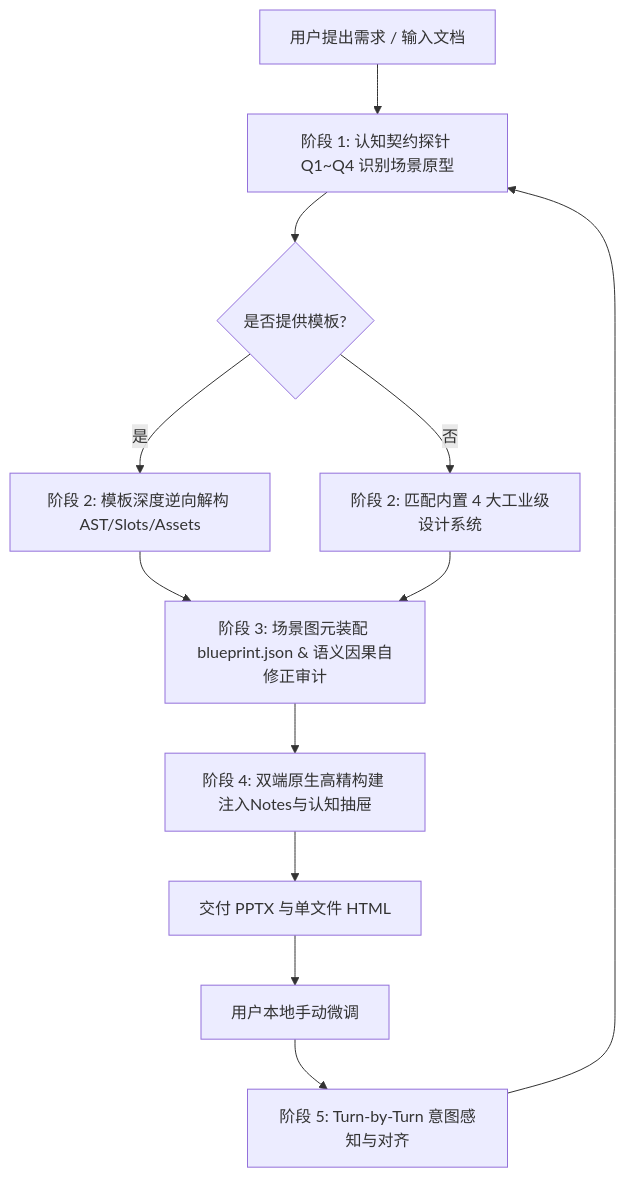
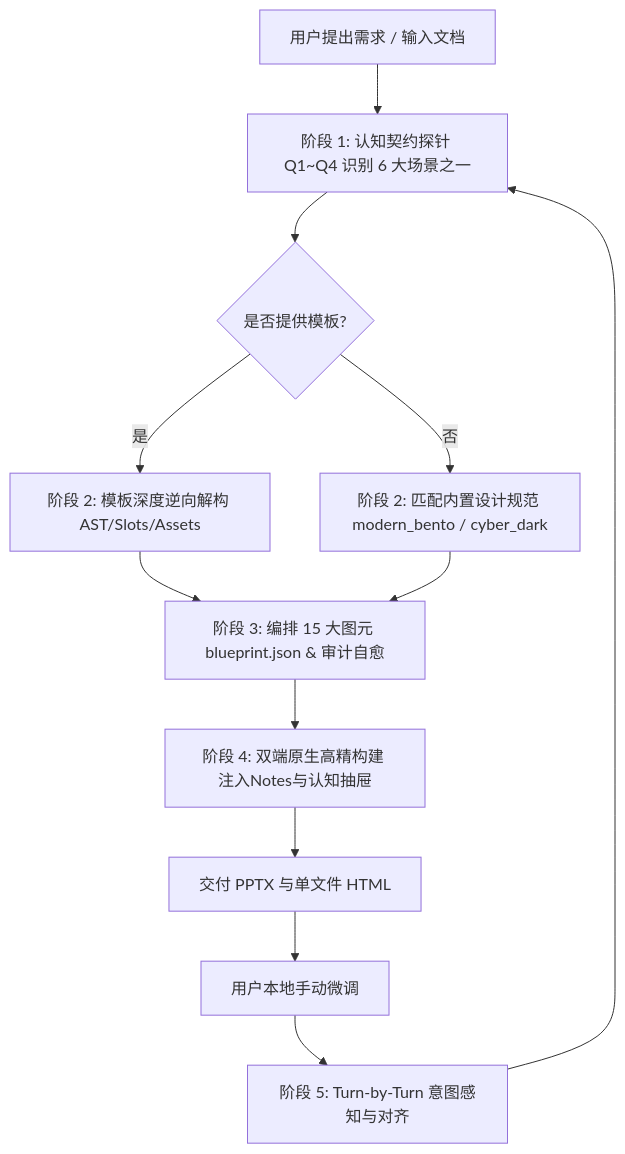
The diagram in .agents/skills/undo-ppt/SKILL.md (kts-kris/undoPPT), drawn with Mermaid before and after one commit. The commit also changed other lines of this file and 13 other files, not shown here.

````diff
--- a/.agents/skills/undo-ppt/SKILL.md
+++ b/.agents/skills/undo-ppt/SKILL.md
@@ -82,14 +107,14 @@
 ```mermaid
 graph TD
-    A[用户提出需求 / 输入文档] --> B[阶段 1: 认知契约探针 Q1~Q4 识别场景原型]
+    A[用户提出需求 / 输入文档] --> B[阶段 1: 认知契约探针 Q1~Q4 识别 6 大场景之一]
     B --> C{是否提供模板?}
     C -- 是 --> D[阶段 2: 模板深度逆向解构 AST/Slots/Assets]
-    C -- 否 --> E[阶段 2: 匹配内置 4 大工业级设计系统]
-    D --> F[阶段 3: 场景图元装配 blueprint.json & 语义因果自修正审计]
+    C -- 否 --> E[阶段 2: 匹配内置设计规范 modern_bento / cyber_dark]
+    D --> F[阶段 3: 编排 15 大图元 blueprint.json & 审计自愈]
     E --> F
     F --> G[阶段 4: 双端原生高精构建 注入Notes与认知抽屉]
     G --> H[交付 PPTX 与单文件 HTML]
     H --> I[用户本地手动微调]
     I --> J[阶段 5: Turn-by-Turn 意图感知与对齐]
     J --> B
 ```
````
